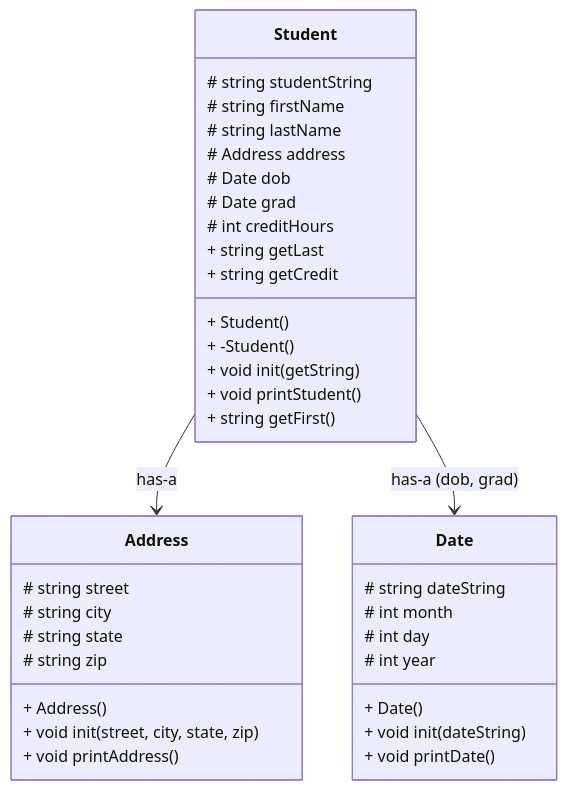
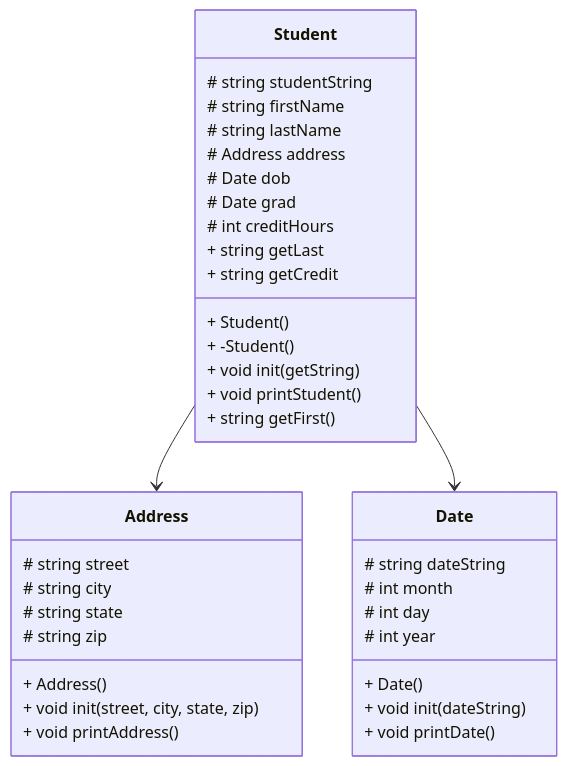
One commit to jakealieberman/CS121_Project_6 changed the diagram in README.md. Above: the diagram before and after it, drawn with Mermaid.

````diff
--- a/README.md
+++ b/README.md
@@ -3,40 +3,40 @@
 ```mermaid
 classDiagram
 
 class Date {
 # string dateString
 # int month
 # int day
 # int year
 + Date()
 + void init(dateString)
 + void printDate()
 }
 class Address {
 # string street
 # string city
 # string state
 # string zip
 + Address()
 + void init(street, city, state, zip)
 + void printAddress()
 }
 class Student {
 # string studentString
 # string firstName
 # string lastName
 # Address address
 # Date dob
 # Date grad
 # int creditHours
 + Student()
 + -Student()
 + void init(getString)
 + void printStudent()
 + string getFirst()
 + string getLast
 + string getCredit
 }
-Student --> Address : has-a
-Student --> Date : has-a (dob, grad)
+Student --> Address
+Student --> Date
 ```
````
